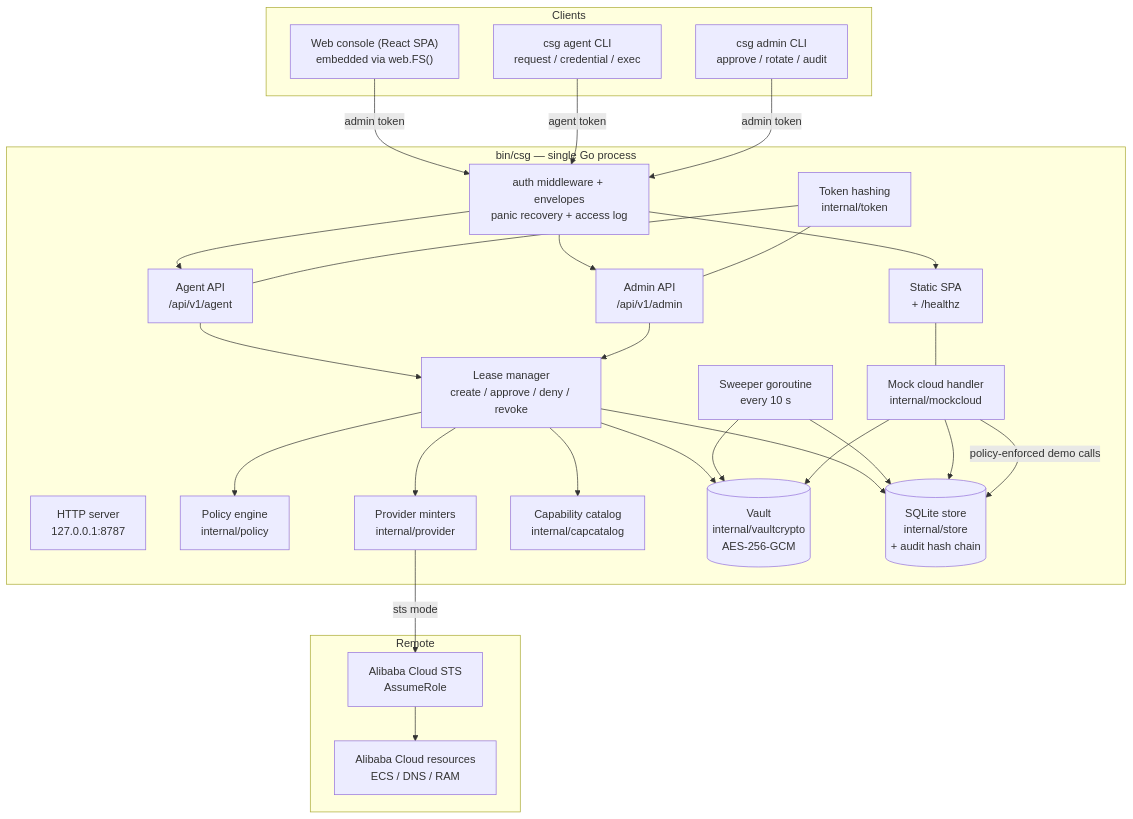
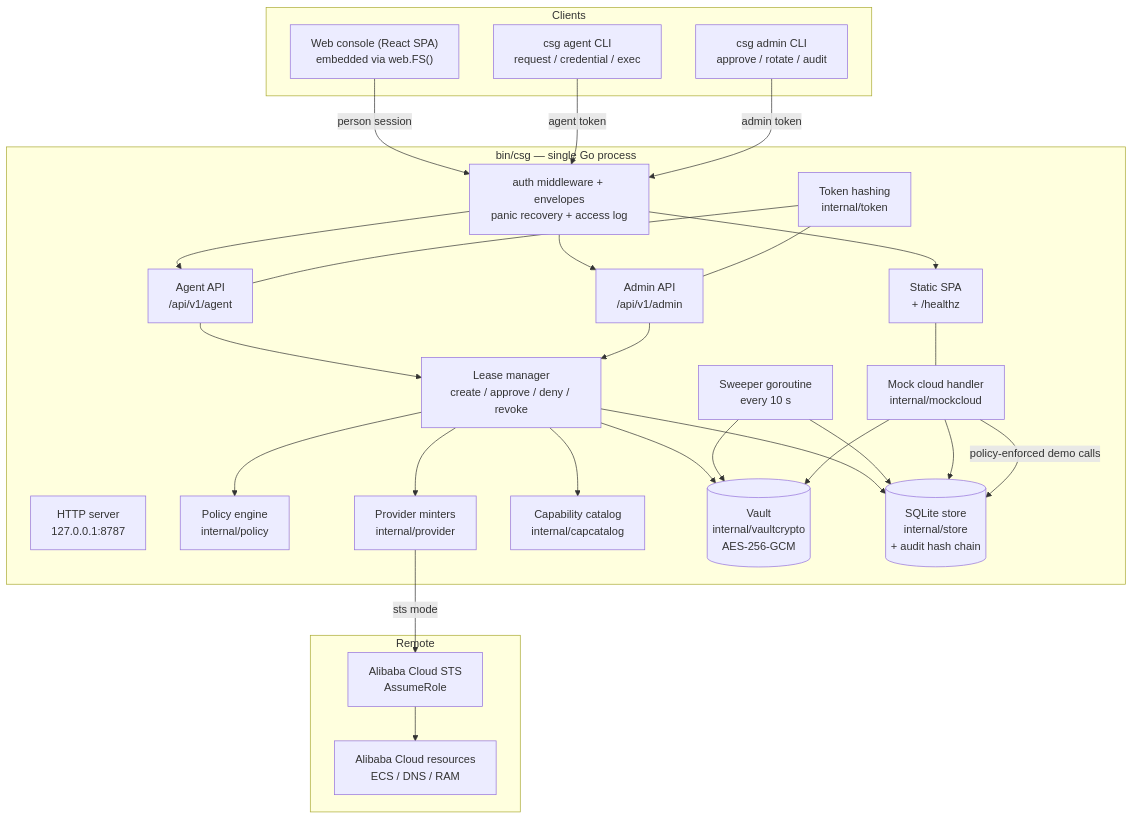
One commit to ArveyKao/cloud-safeguard- changed the first of 7 diagrams in docs/ARCHITECTURE.md. Above: the diagram before and after it, drawn with Mermaid. The commit also changed other lines of this file and 26 other files, not shown here.

````diff
--- a/docs/ARCHITECTURE.md
+++ b/docs/ARCHITECTURE.md
@@ -31,51 +31,51 @@
 ```mermaid
 flowchart TB
     subgraph clients ["Clients"]
         CONSOLE["Web console (React SPA)<br/>embedded via web.FS()"]
         AGENTCLI["csg agent CLI<br/>request / credential / exec"]
         ADMINCLI["csg admin CLI<br/>approve / rotate / audit"]
     end
     subgraph binary ["bin/csg — single Go process"]
         HTTP["HTTP server<br/>127.0.0.1:8787"]
         MW["auth middleware + envelopes<br/>panic recovery + access log"]
         AGENTAPI["Agent API<br/>/api/v1/agent"]
         ADMINAPI["Admin API<br/>/api/v1/admin"]
         STATIC["Static SPA<br/>+ /healthz"]
         POLICY["Policy engine<br/>internal/policy"]
         LEASE["Lease manager<br/>create / approve / deny / revoke"]
         SWEEPER["Sweeper goroutine<br/>every 10 s"]
         MINTER["Provider minters<br/>internal/provider"]
         MOCKC["Mock cloud handler<br/>internal/mockcloud"]
         CATALOG["Capability catalog<br/>internal/capcatalog"]
         TOKENS["Token hashing<br/>internal/token"]
         VAULT[("Vault<br/>internal/vaultcrypto<br/>AES-256-GCM")]
         STORE[("SQLite store<br/>internal/store<br/>+ audit hash chain")]
     end
     subgraph remote ["Remote"]
         STS["Alibaba Cloud STS<br/>AssumeRole"]
         ALIYUN["Alibaba Cloud resources<br/>ECS / DNS / RAM"]
     end
-    CONSOLE -->|"admin token"| MW
+    CONSOLE -->|"person session"| MW
     AGENTCLI -->|"agent token"| MW
     ADMINCLI -->|"admin token"| MW
     MW --> AGENTAPI
     MW --> ADMINAPI
     MW --> STATIC
     AGENTAPI --> LEASE
     ADMINAPI --> LEASE
     LEASE --> POLICY
     LEASE --> CATALOG
     LEASE --> VAULT
     LEASE --> MINTER
     LEASE --> STORE
     SWEEPER --> STORE
     SWEEPER --> VAULT
     MOCKC --> STORE
     MOCKC --> VAULT
     STATIC --- MOCKC
     MINTER -->|"sts mode"| STS
     STS --> ALIYUN
     MOCKC -->|"policy-enforced demo calls"| STORE
     TOKENS --- ADMINAPI
     TOKENS --- AGENTAPI
 ```
````
